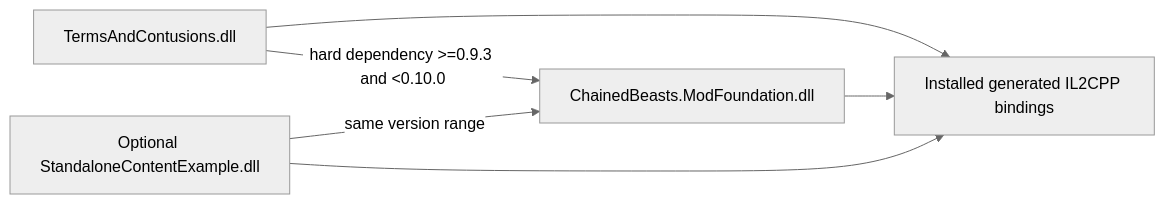
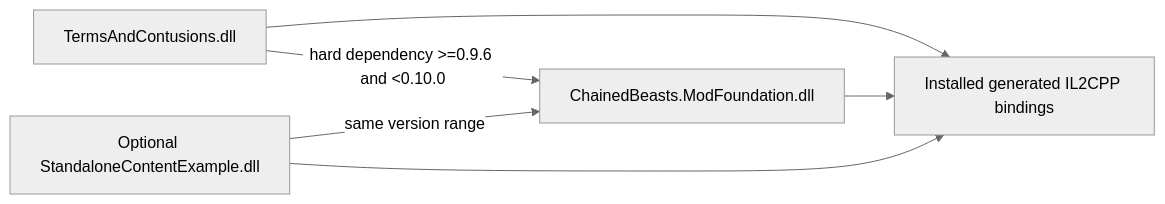
Before and after one commit to Krrrrrrk/chained-beasts-mod-foundation: the diagram in docs/foundation/ARCHITECTURE.md, drawn with Mermaid (neutral theme). The commit also changed other lines of this file and 25 other files, not shown here.

````diff
--- a/docs/foundation/ARCHITECTURE.md
+++ b/docs/foundation/ARCHITECTURE.md
@@ -5,8 +5,8 @@
 ```mermaid
 flowchart LR
-    Pack[TermsAndContusions.dll] -->|hard dependency >=0.9.3 and <0.10.0| Foundation[ChainedBeasts.ModFoundation.dll]
+    Pack[TermsAndContusions.dll] -->|hard dependency >=0.9.6 and <0.10.0| Foundation[ChainedBeasts.ModFoundation.dll]
     Example[Optional StandaloneContentExample.dll] -->|same version range| Foundation
     Pack --> Game[Installed generated IL2CPP bindings]
     Foundation --> Game
     Example --> Game
 ```
````
